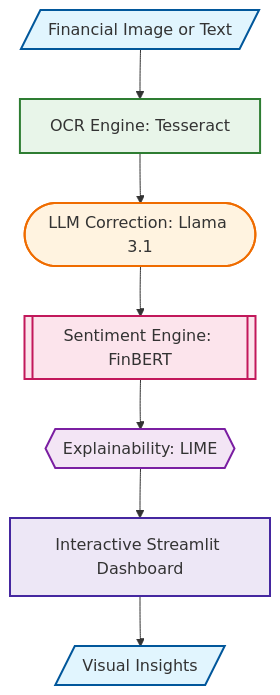
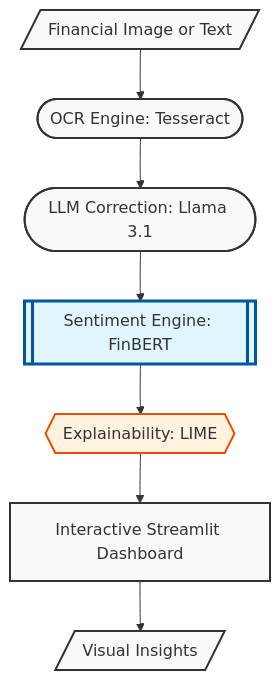
The diagram in README.md (aniketqxp/financial-sentiment-analysis), drawn with Mermaid before and after one commit.

Commit message:
docs: improve diagram contrast and apply strategic node categorization

````diff
--- a/README.md
+++ b/README.md
@@ -11,28 +11,30 @@
 ```mermaid
 graph TD
-    %% Node Definitions
+    %% Node Definitions with Strategic Shapes
     Input[/Financial Image or Text/]
-    OCR[OCR Engine: Tesseract]
+    OCR([OCR Engine: Tesseract])
     LLM([LLM Correction: Llama 3.1])
     FinBERT[[Sentiment Engine: FinBERT]]
     LIME{{Explainability: LIME}}
     Dashboard[Interactive Streamlit Dashboard]
     Insights[/Visual Insights/]
 
-    %% Connections
+    %% Logical Flow
     Input --> OCR
     OCR --> LLM
     LLM --> FinBERT
     FinBERT --> LIME
     LIME --> Dashboard
     Dashboard --> Insights
 
-    %% Styling
-    style Input fill:#e1f5fe,stroke:#01579b,stroke-width:2px
-    style OCR fill:#e8f5e9,stroke:#2e7d32,stroke-width:2px
-    style LLM fill:#fff3e0,stroke:#ef6c00,stroke-width:2px
-    style FinBERT fill:#fce4ec,stroke:#c2185b,stroke-width:2px
-    style LIME fill:#f3e5f5,stroke:#7b1fa2,stroke-width:2px
-    style Dashboard fill:#ede7f6,stroke:#4527a0,stroke-width:2px
-    style Insights fill:#e1f5fe,stroke:#01579b,stroke-width:2px
+    %% Strategic Styling for High Contrast and Readability
+    %% Using dark borders and light backgrounds with dark text (default)
+    
+    style Input fill:#f9f9f9,stroke:#333,stroke-width:2px
+    style OCR fill:#f9f9f9,stroke:#333,stroke-width:2px
+    style LLM fill:#f9f9f9,stroke:#333,stroke-width:2px
+    style FinBERT fill:#e1f5fe,stroke:#01579b,stroke-width:3px
+    style LIME fill:#fff3e0,stroke:#e65100,stroke-width:2px
+    style Dashboard fill:#f9f9f9,stroke:#333,stroke-width:2px
+    style Insights fill:#f9f9f9,stroke:#333,stroke-width:2px
 ```
````
